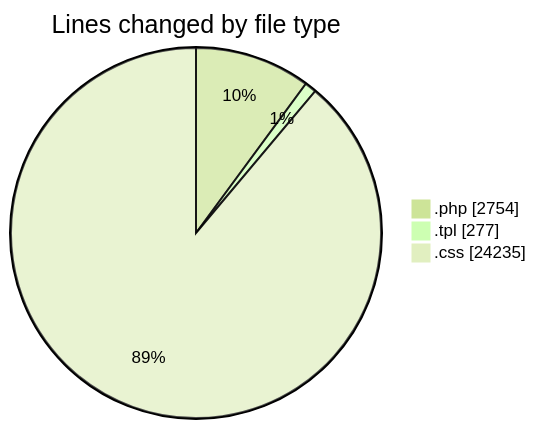
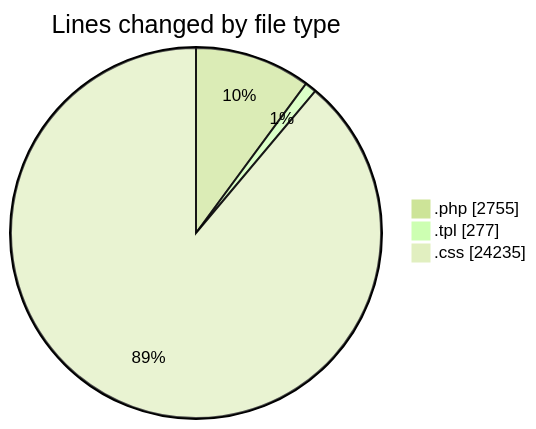
Before and after one commit to vahidmafi/code-tracking: the first of 2 diagrams in 2025-04-18/zeytoon/README.md, drawn with Mermaid (forest theme). The commit also changed other lines of this file and 1 other file, not shown here.

````diff
--- a/2025-04-18/zeytoon/README.md
+++ b/2025-04-18/zeytoon/README.md
@@ -24,7 +24,7 @@
 ```mermaid
 pie showData
 title Lines changed by file type
-".php" : 2754
+".php" : 2755
 ".tpl" : 277
 ".css" : 24235
 ```
````
